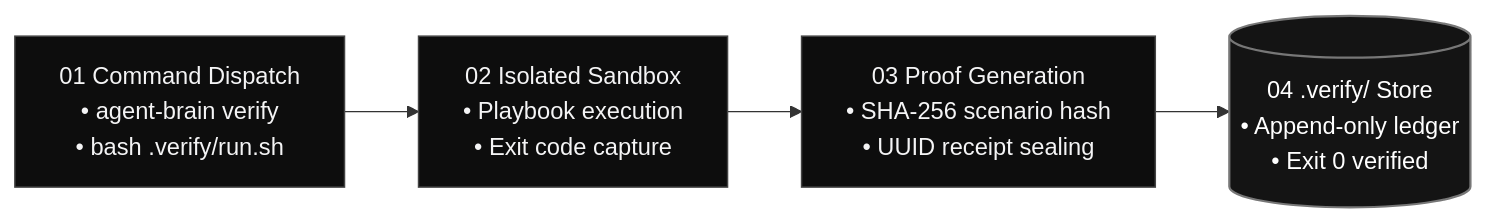
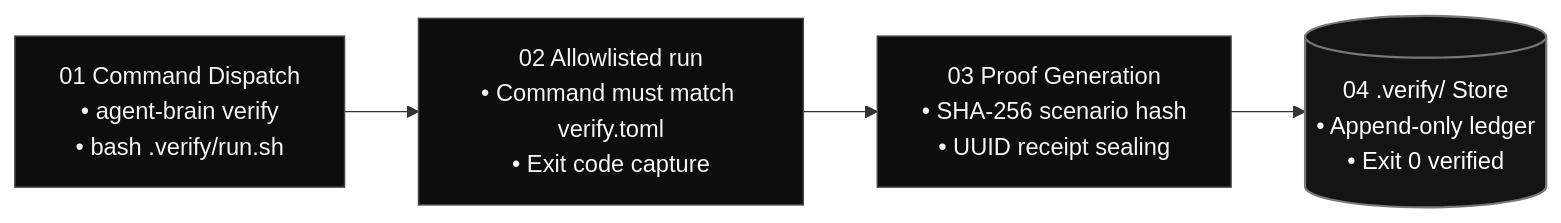
One commit to autonomic-ai-dev/website changed the diagram in src/routes/docs/verification/+page.md. Above: the diagram before and after it, drawn with Mermaid. The commit also changed other lines of this file and 20 other files, not shown here.

````diff
--- a/src/routes/docs/verification/+page.md
+++ b/src/routes/docs/verification/+page.md
@@ -31,11 +31,11 @@
 ```mermaid
 flowchart LR
-    CMD["01 Command Dispatch\n• agent-brain verify\n• bash .verify/run.sh"] --> SBX["02 Isolated Sandbox\n• Playbook execution\n• Exit code capture"]
+    CMD["01 Command Dispatch\n• agent-brain verify\n• bash .verify/run.sh"] --> SBX["02 Allowlisted run\n• Command must match verify.toml\n• Exit code capture"]
     SBX --> PROOF["03 Proof Generation\n• SHA-256 scenario hash\n• UUID receipt sealing"]
     PROOF --> REC[("04 .verify/ Store\n• Append-only ledger\n• Exit 0 verified")]
 
     classDef procNode fill:#0d0d0d,stroke:#444444,stroke-width:1px,color:#f4f4f5;
     classDef storeNode fill:#141414,stroke:#777777,stroke-width:1.5px,color:#ffffff;
     class CMD,SBX,PROOF procNode;
     class REC storeNode;
 ```
````
